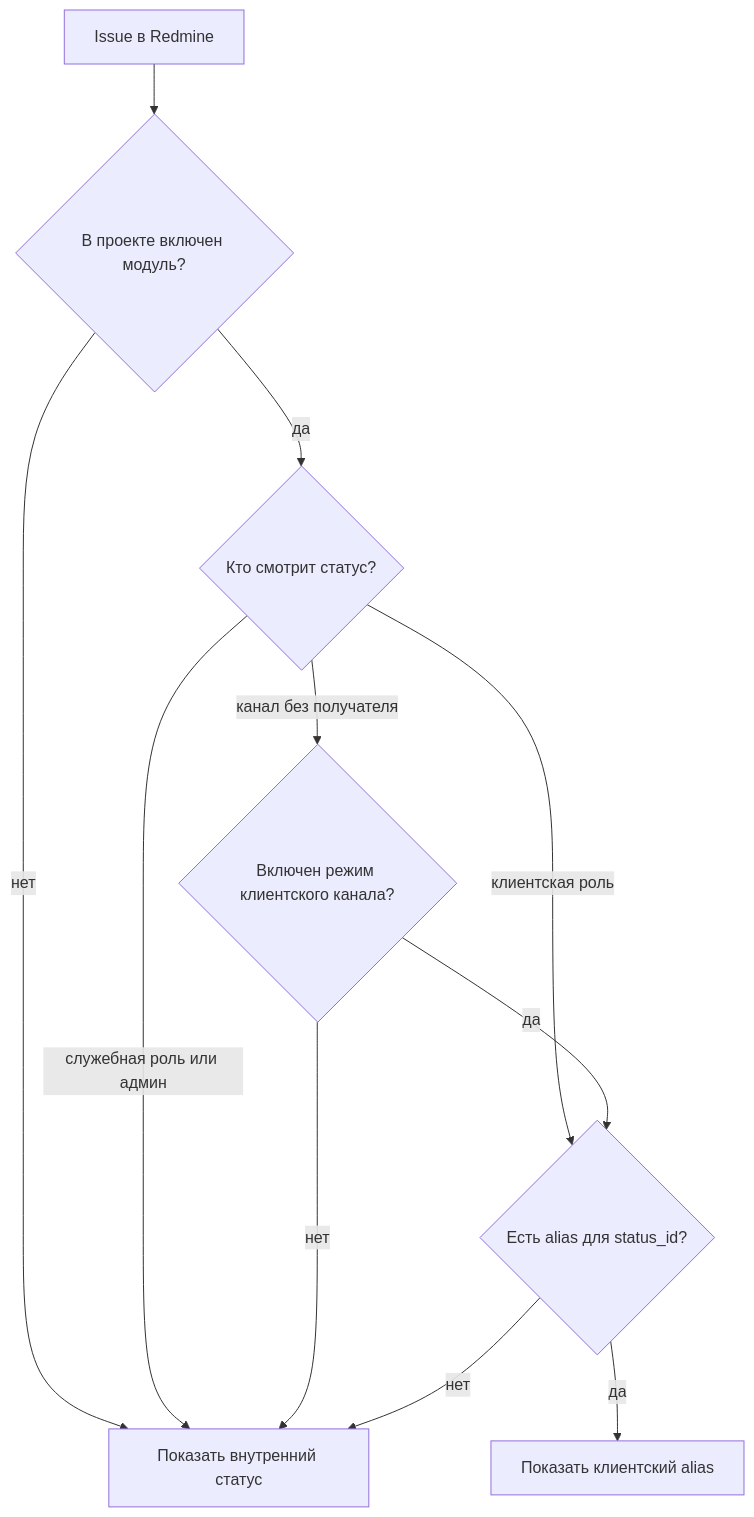
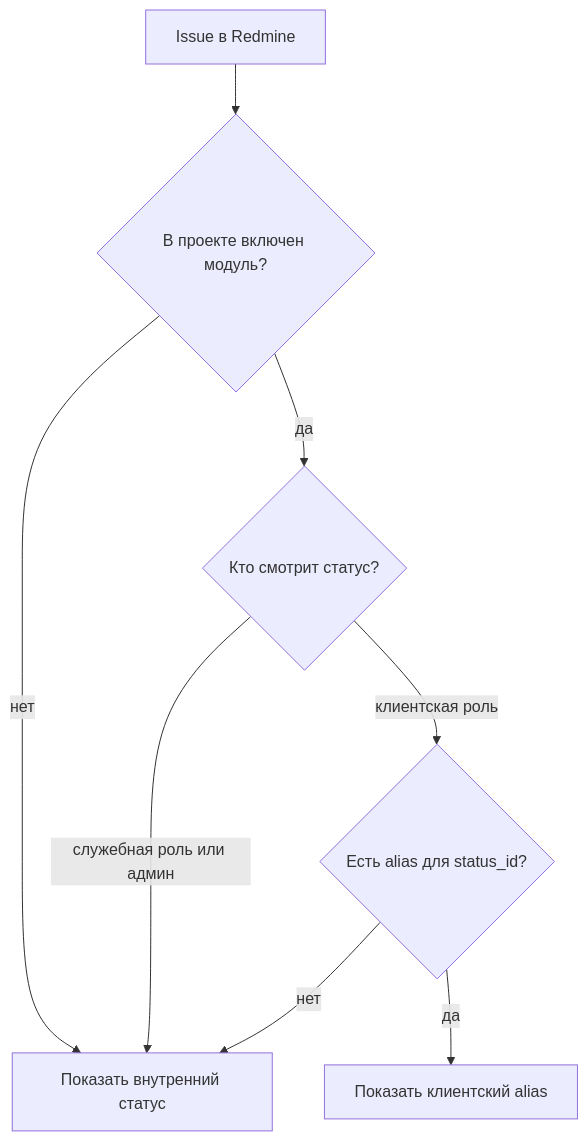
Before and after one commit to vatest021-ctrl/redmine-status-alias: the diagram in README.md, drawn with Mermaid. The commit also changed other lines of this file and 12 other files, not shown here.

````diff
--- a/README.md
+++ b/README.md
@@ -138,13 +135,10 @@
 ```mermaid
 flowchart TD
   A["Issue в Redmine"] --> B{"В проекте включен модуль?"}
   B -- "нет" --> C["Показать внутренний статус"]
   B -- "да" --> D{"Кто смотрит статус?"}
   D -- "служебная роль или админ" --> C
   D -- "клиентская роль" --> E{"Есть alias для status_id?"}
-  D -- "канал без получателя" --> F{"Включен режим клиентского канала?"}
-  F -- "нет" --> C
-  F -- "да" --> E
   E -- "нет" --> C
   E -- "да" --> G["Показать клиентский alias"]
 ```
````
